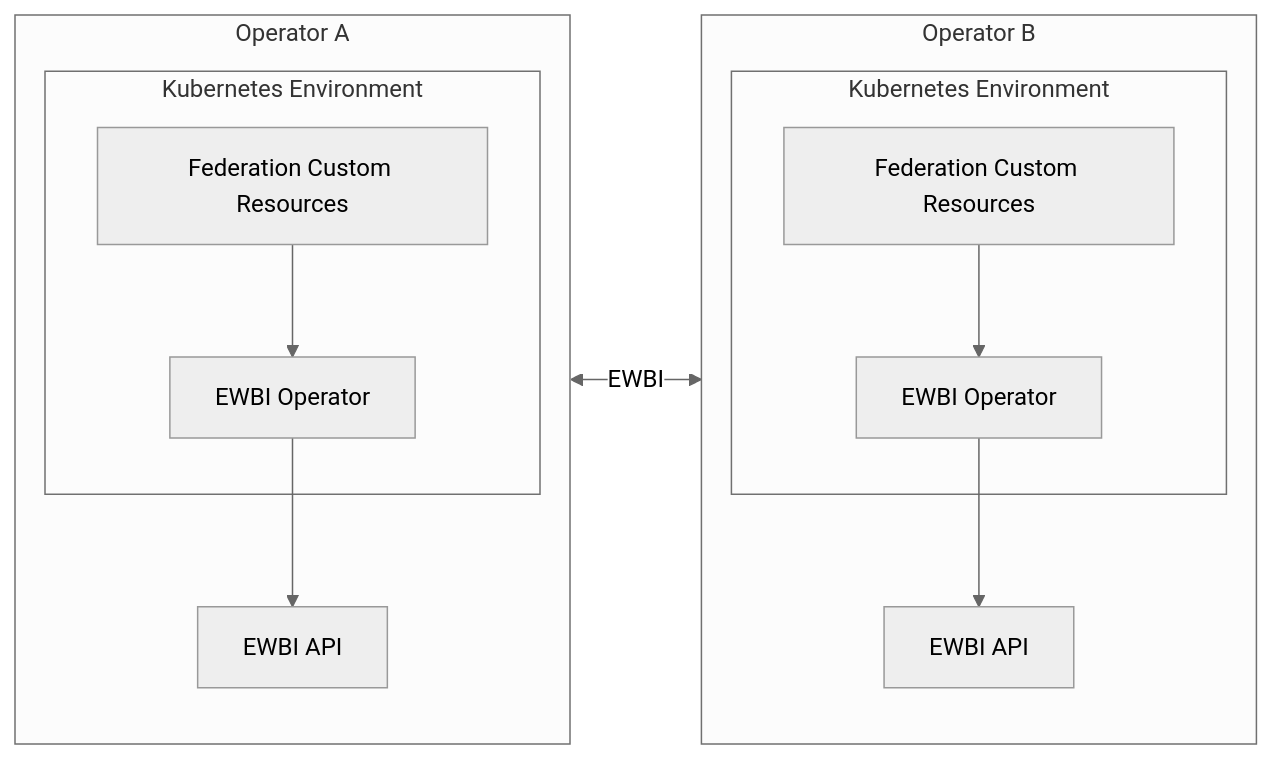
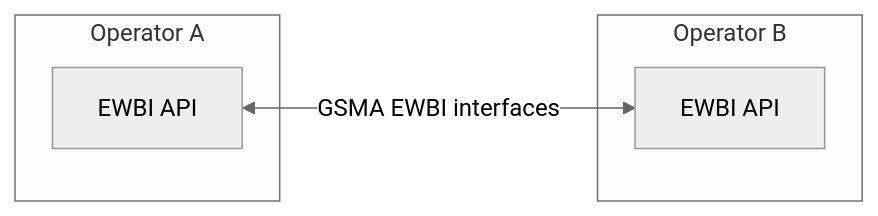
The first of 4 diagrams in docs/architecture.md (neonephos-katalis/opg-ewbi-documentation), drawn with Mermaid (neutral theme) before and after one commit. The commit also changed other lines of this file and 6 other files, not shown here.

````diff
--- a/docs/architecture.md
+++ b/docs/architecture.md
@@ -72,29 +71,12 @@
 ```mermaid
 flowchart LR
-
     subgraph A["Operator A"]
-        direction TB
-
-        subgraph AK["Kubernetes Environment"]
-            ACR["Federation Custom Resources"]
-            AOP["EWBI Operator"]
-        end
-
-        ACR --> AOP
-        AOP --> AAPI["EWBI API"]
+        AAPI["EWBI API"]
     end
 
     subgraph B["Operator B"]
-        direction TB
-
-        subgraph BK["Kubernetes Environment"]
-            BCR["Federation Custom Resources"]
-            BOP["EWBI Operator"]
-        end
-
-        BCR --> BOP
-        BOP --> BAPI["EWBI API"]
+        BAPI["EWBI API"]
     end
 
-    AAPI <--> |"EWBI"| BAPI
+    AAPI <-->|"GSMA EWBI interfaces"| BAPI
 ```
````
